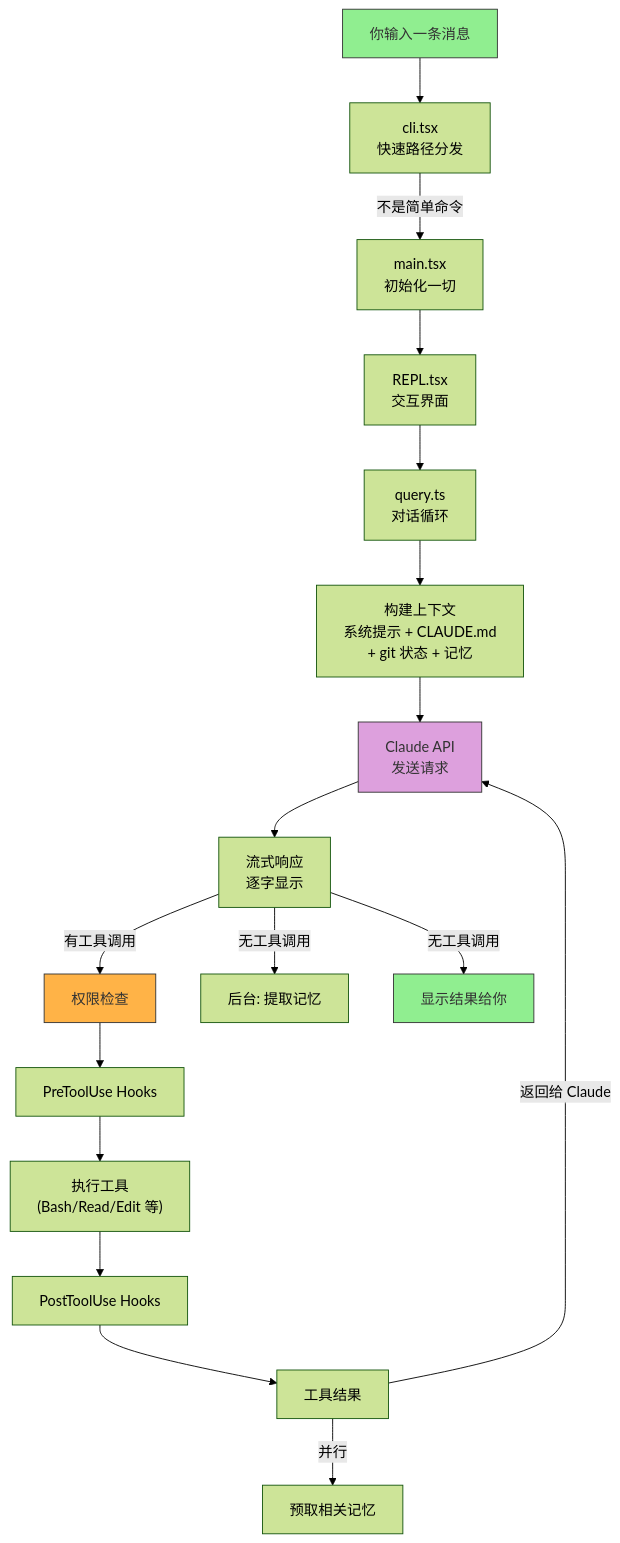
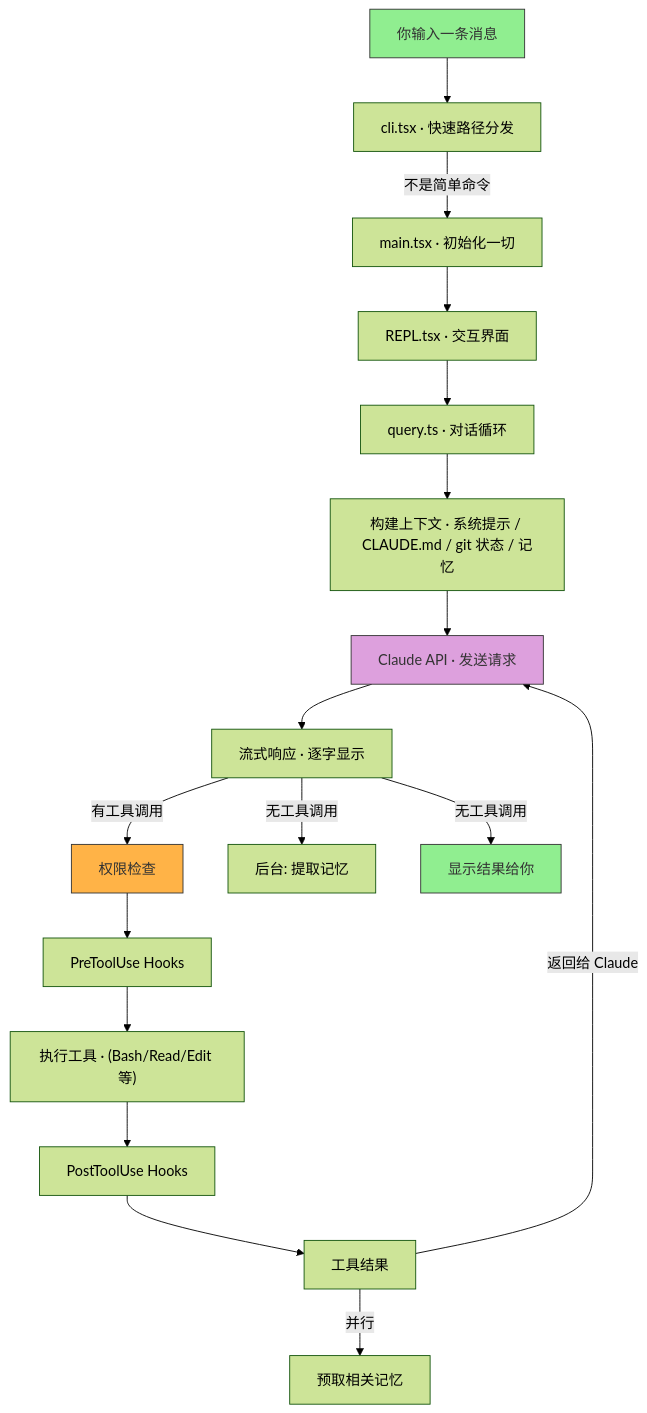
One commit to turf0909/sleep-code changed the fourth of 30 diagrams in CLAUDE_CODE_BOOK.md. Above: the diagram before and after it, drawn with Mermaid (forest theme). The commit also changed other lines of this file, not shown here.

First line of the commit message:
docs: major expansion and fact-check of Claude Code architecture book

````diff
--- a/CLAUDE_CODE_BOOK.md
+++ b/CLAUDE_CODE_BOOK.md
@@ -487,28 +484,28 @@
 ```mermaid
 flowchart TD
-    YOU["你输入一条消息"] --> CLI["cli.tsx<br/>快速路径分发"]
-    CLI -->|"不是简单命令"| MAIN["main.tsx<br/>初始化一切"]
-    MAIN --> REPL["REPL.tsx<br/>交互界面"]
-    REPL --> QUERY["query.ts<br/>对话循环"]
+    YOU["你输入一条消息"] --> CLI["cli.tsx · 快速路径分发"]
+    CLI -->|"不是简单命令"| MAIN["main.tsx · 初始化一切"]
+    MAIN --> REPL["REPL.tsx · 交互界面"]
+    REPL --> QUERY["query.ts · 对话循环"]
     
-    QUERY --> CONTEXT["构建上下文<br/>系统提示 + CLAUDE.md<br/>+ git 状态 + 记忆"]
-    CONTEXT --> API["Claude API<br/>发送请求"]
-    API --> STREAM["流式响应<br/>逐字显示"]
+    QUERY --> CONTEXT["构建上下文 · 系统提示 / CLAUDE.md / git 状态 / 记忆"]
+    CONTEXT --> API["Claude API · 发送请求"]
+    API --> STREAM["流式响应 · 逐字显示"]
     
     STREAM -->|"有工具调用"| PERM["权限检查"]
     PERM --> HOOKS_PRE["PreToolUse Hooks"]
-    HOOKS_PRE --> TOOL_EXEC["执行工具<br/>(Bash/Read/Edit 等)"]
+    HOOKS_PRE --> TOOL_EXEC["执行工具 · (Bash/Read/Edit 等)"]
     TOOL_EXEC --> HOOKS_POST["PostToolUse Hooks"]
     HOOKS_POST --> RESULT["工具结果"]
     RESULT -->|"返回给 Claude"| API
     
     STREAM -->|"无工具调用"| EXTRACT["后台: 提取记忆"]
     STREAM -->|"无工具调用"| DISPLAY["显示结果给你"]
     
     RESULT -->|"并行"| MEMORY_PREFETCH["预取相关记忆"]
     
     style YOU fill:#90EE90,stroke:#333,color:#333
     style DISPLAY fill:#90EE90,stroke:#333,color:#333
     style API fill:#DDA0DD,stroke:#333,color:#333
     style PERM fill:#FFB347,stroke:#333,color:#333
 ```
````
